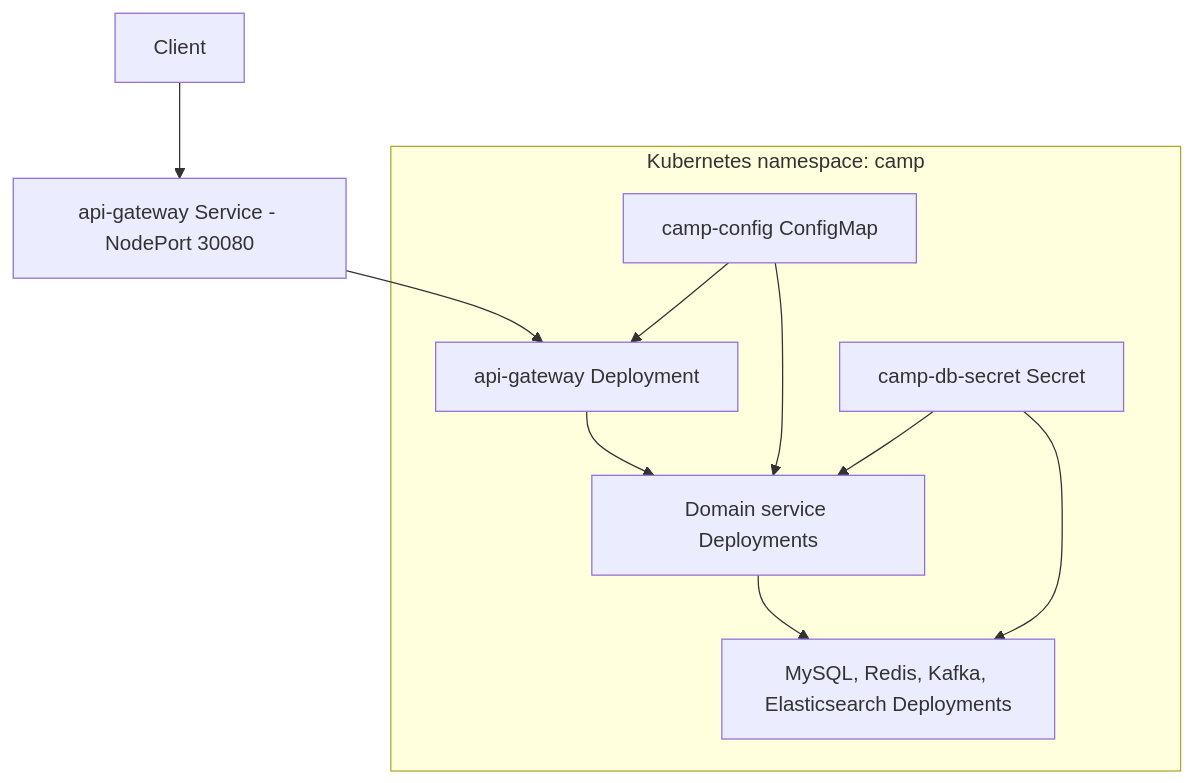
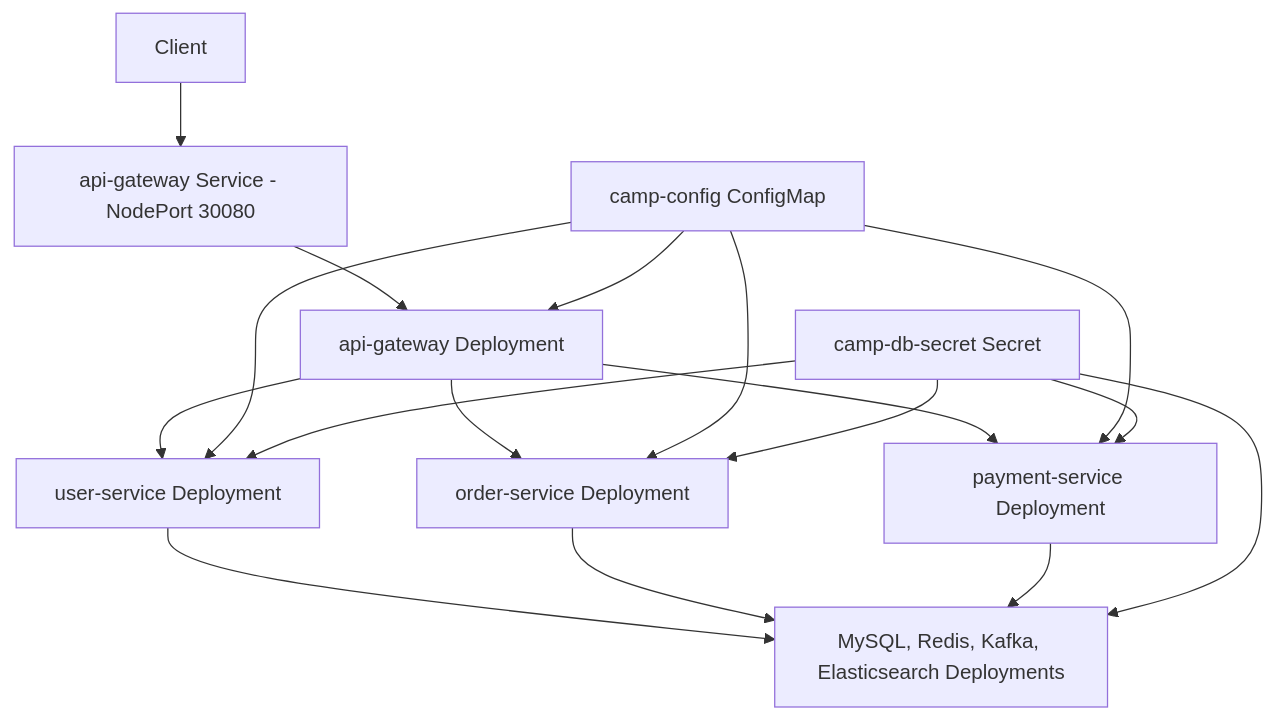
Before and after one commit to pramod4it/camp: the sixth of 14 diagrams in README.md, drawn with Mermaid. The commit also changed other lines of this file, not shown here.

Commit message:
Simplify README deployment Mermaid diagrams

````diff
--- a/README.md
+++ b/README.md
@@ -255,22 +254,29 @@
 ```mermaid
 flowchart TB
     Client["Client"]
     NodePort["api-gateway Service - NodePort 30080"]
-
-    subgraph K8s["Kubernetes namespace: camp"]
-        GatewayPod["api-gateway Deployment"]
-        AppPods["Domain service Deployments"]
-        InfraPods["MySQL, Redis, Kafka, Elasticsearch Deployments"]
-        ConfigMap["camp-config ConfigMap"]
-        Secret["camp-db-secret Secret"]
-    end
+    GatewayPod["api-gateway Deployment"]
+    UserPod["user-service Deployment"]
+    OrderPod["order-service Deployment"]
+    PaymentPod["payment-service Deployment"]
+    InfraPods["MySQL, Redis, Kafka, Elasticsearch Deployments"]
+    ConfigMap["camp-config ConfigMap"]
+    Secret["camp-db-secret Secret"]
 
     Client --> NodePort
     NodePort --> GatewayPod
-    GatewayPod --> AppPods
-    AppPods --> InfraPods
+    GatewayPod --> UserPod
+    GatewayPod --> OrderPod
+    GatewayPod --> PaymentPod
+    UserPod --> InfraPods
+    OrderPod --> InfraPods
+    PaymentPod --> InfraPods
     ConfigMap --> GatewayPod
-    ConfigMap --> AppPods
+    ConfigMap --> UserPod
+    ConfigMap --> OrderPod
+    ConfigMap --> PaymentPod
     Secret --> InfraPods
-    Secret --> AppPods
+    Secret --> UserPod
+    Secret --> OrderPod
+    Secret --> PaymentPod
 ```
````
